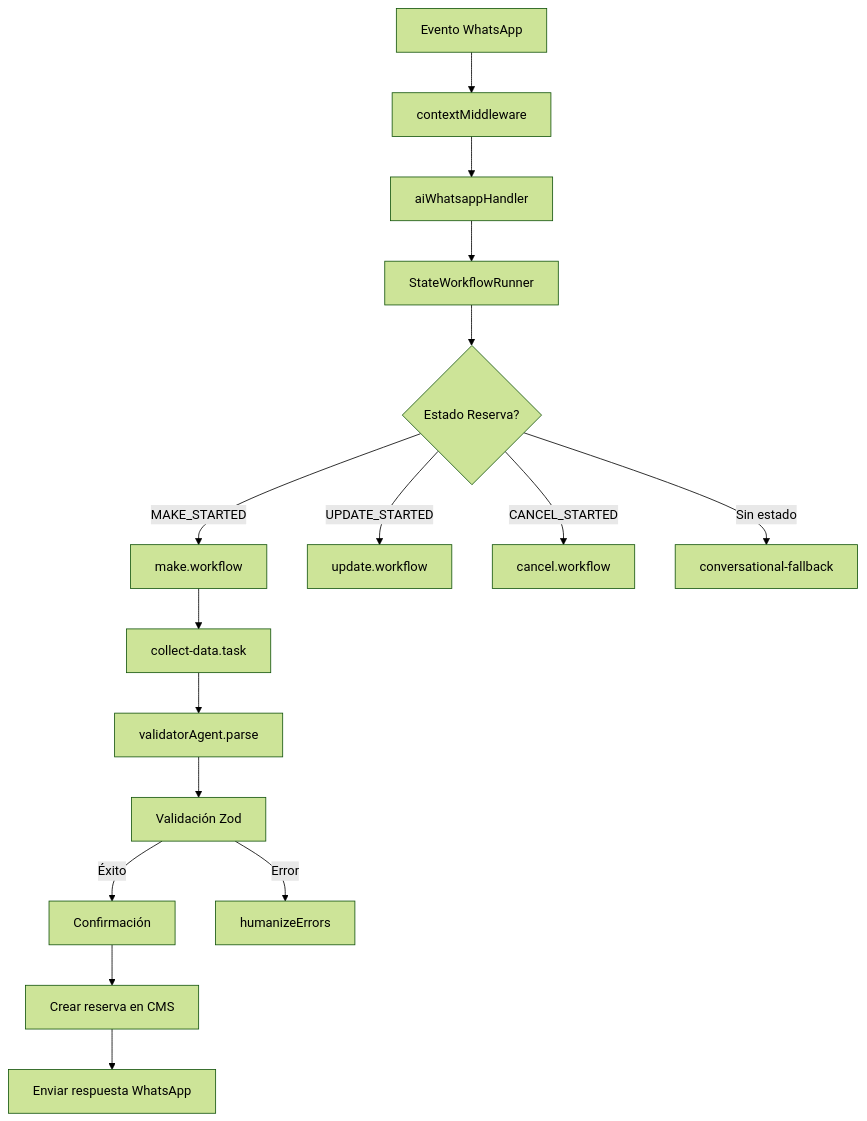
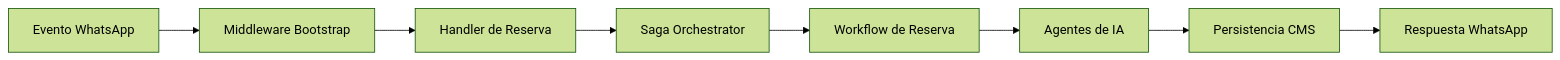
The diagram in chat-agent/architecture.md (CesarAugusto316/whatsapp-ai-agents), drawn with Mermaid (forest theme) before and after one commit. The commit also changed other lines of this file and 6 other files, not shown here.

````diff
--- a/chat-agent/architecture.md
+++ b/chat-agent/architecture.md
@@ -98,18 +31,10 @@
 ```mermaid
-graph TD
-    A[Evento WhatsApp] --> B[contextMiddleware]
-    B --> C[aiWhatsappHandler]
-    C --> D[StateWorkflowRunner]
-    D --> E{Estado Reserva?}
-    E -->|MAKE_STARTED| F[make.workflow]
-    E -->|UPDATE_STARTED| G[update.workflow]
-    E -->|CANCEL_STARTED| H[cancel.workflow]
-    E -->|Sin estado| I[conversational-fallback]
-    F --> J[collect-data.task]
-    J --> K[validatorAgent.parse]
-    K --> L[Validación Zod]
-    L -->|Éxito| M[Confirmación]
-    L -->|Error| N[humanizeErrors]
-    M --> O[Crear reserva en CMS]
-    O --> P[Enviar respuesta WhatsApp]
+graph LR
+    A[Evento WhatsApp] --> B[Middleware Bootstrap]
+    B --> C[Handler de Reserva]
+    C --> D[Saga Orchestrator]
+    D --> E[Workflow de Reserva]
+    E --> F[Agentes de IA]
+    F --> G[Persistencia CMS]
+    G --> H[Respuesta WhatsApp]
 ```
````
